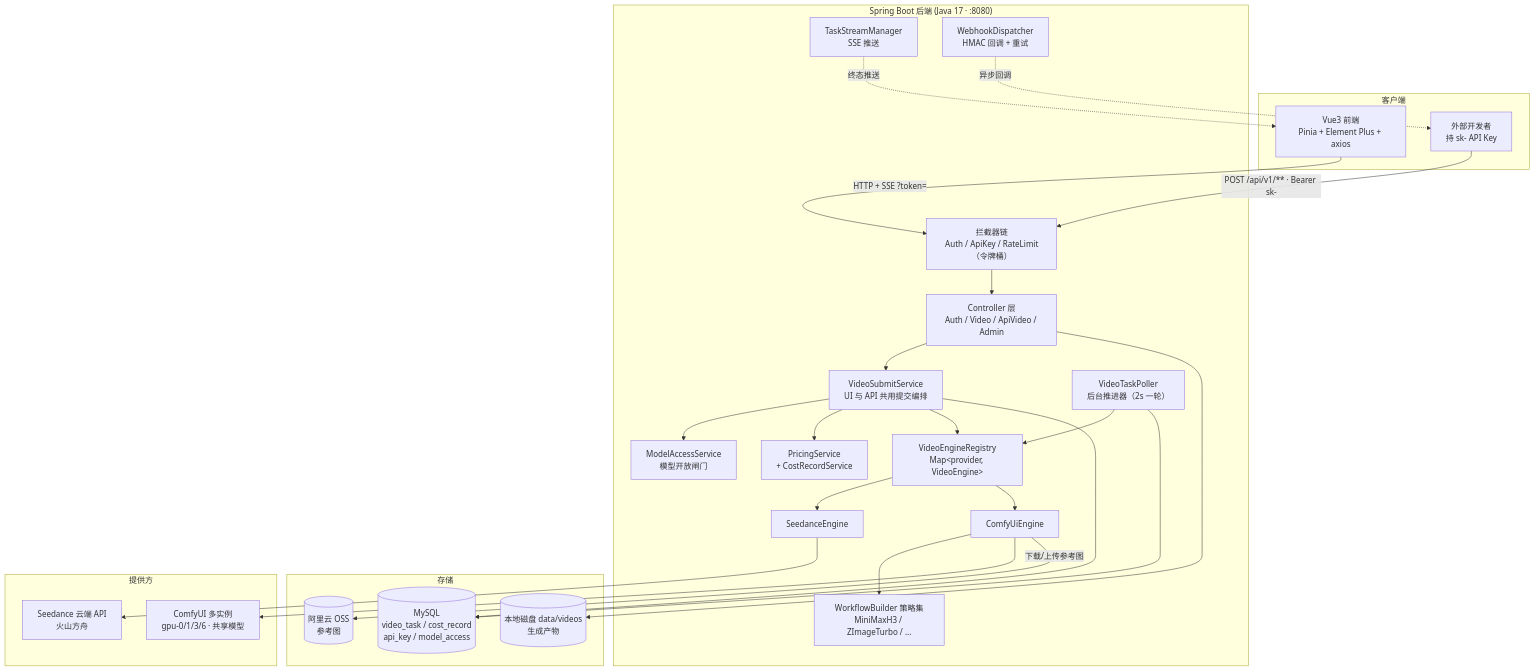
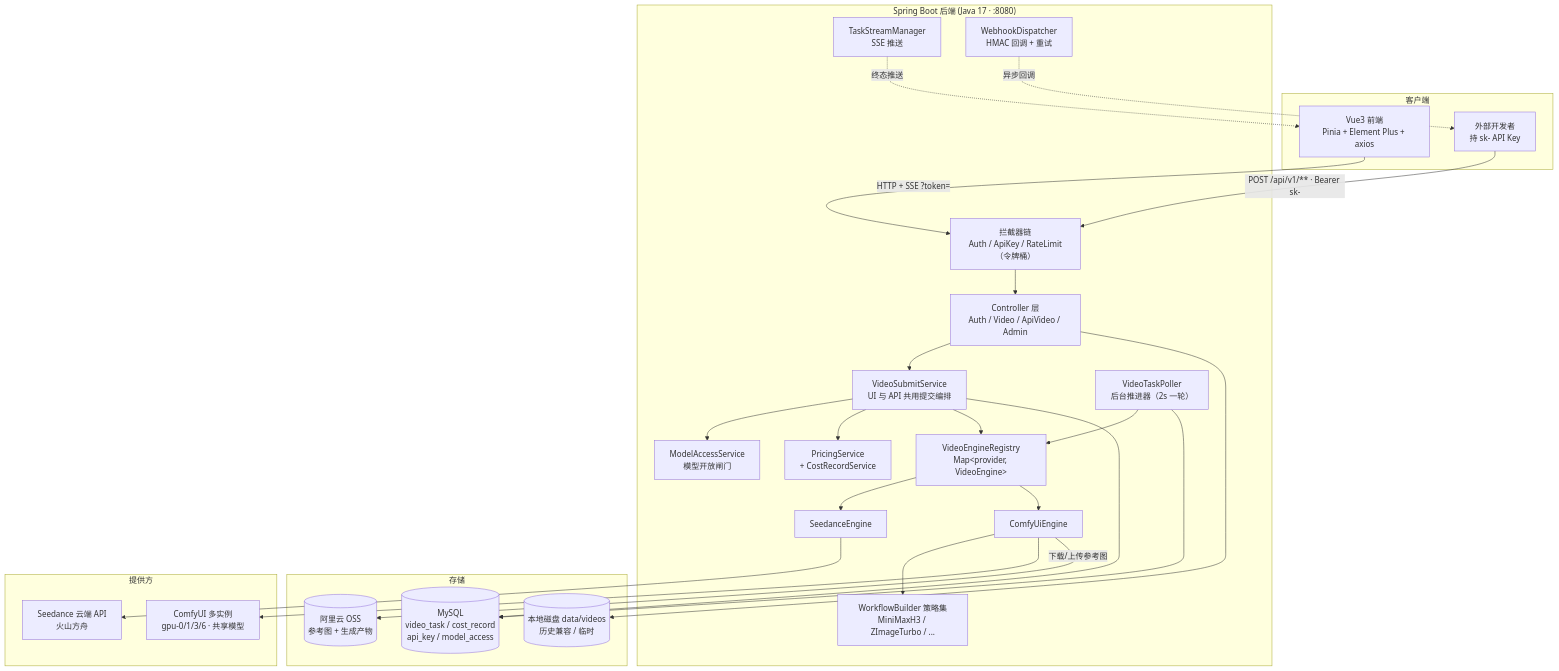
Before and after one commit to rain10200918/SeedanceGenarate: the first of 3 diagrams in README.md, drawn with Mermaid. The commit also changed other lines of this file and 18 other files, not shown here.

````diff
--- a/README.md
+++ b/README.md
@@ -79,53 +79,53 @@
 ```mermaid
 flowchart TB
     subgraph CLI["客户端"]
         FE["Vue3 前端<br/>Pinia + Element Plus + axios"]
         DEV["外部开发者<br/>持 sk- API Key"]
     end
 
     subgraph BE["Spring Boot 后端 (Java 17 · :8080)"]
         IN["拦截器链<br/>Auth / ApiKey / RateLimit（令牌桶）"]
         CTRL["Controller 层<br/>Auth / Video / ApiVideo / Admin"]
         SUB["VideoSubmitService<br/>UI 与 API 共用提交编排"]
         REG["VideoEngineRegistry<br/>Map&lt;provider, VideoEngine&gt;"]
         SE["SeedanceEngine"]
         CE["ComfyUiEngine"]
         WB["WorkflowBuilder 策略集<br/>MiniMaxH3 / ZImageTurbo / ..."]
         GATE["ModelAccessService<br/>模型开放闸门"]
         BILL["PricingService<br/>+ CostRecordService"]
         POLL["VideoTaskPoller<br/>后台推进器（2s 一轮）"]
         SSE["TaskStreamManager<br/>SSE 推送"]
         WH["WebhookDispatcher<br/>HMAC 回调 + 重试"]
     end
 
     subgraph STORE["存储"]
         DB[("MySQL<br/>video_task / cost_record<br/>api_key / model_access")]
-        OSS[("阿里云 OSS<br/>参考图")]
-        LOCAL[("本地磁盘 data/videos<br/>生成产物")]
+        OSS[("阿里云 OSS<br/>参考图 + 生成产物")]
+        LOCAL[("本地磁盘 data/videos<br/>历史兼容 / 临时")]
     end
 
     subgraph PROV["提供方"]
         SD["Seedance 云端 API<br/>火山方舟"]
         CF["ComfyUI 多实例<br/>gpu-0/1/3/6 · 共享模型"]
     end
 
     FE -->|"HTTP + SSE ?token="| IN
     DEV -->|"POST /api/v1/** · Bearer sk-"| IN
     IN --> CTRL
     CTRL --> SUB
     SUB --> GATE
     SUB --> BILL
     SUB --> REG
     REG --> SE
     REG --> CE
     CE --> WB
     SE --> SD
     CE --> CF
     CE -->|"下载/上传参考图"| OSS
     POLL --> REG
     POLL --> DB
     SUB --> DB
     CTRL --> LOCAL
     SSE -.->|"终态推送"| FE
     WH -.->|"异步回调"| DEV
 ```
````
